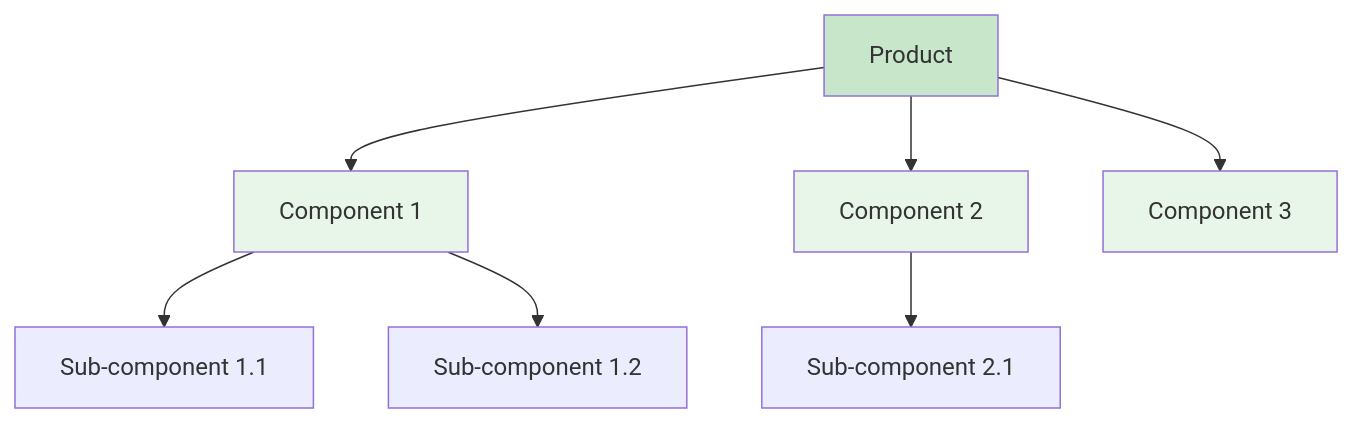
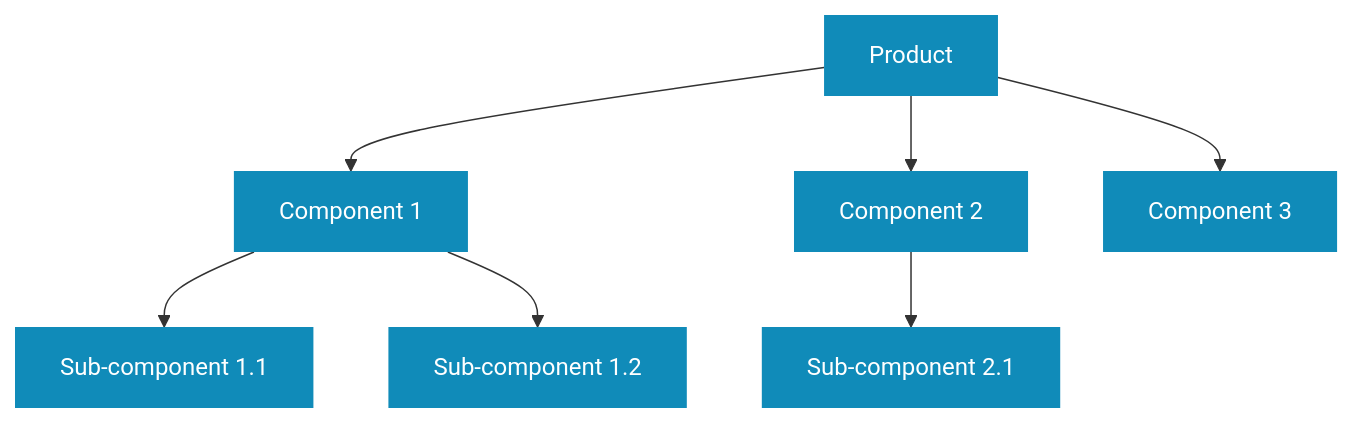
Before and after one commit to kevinmcaleer/kevstemplates.com: the second of 2 diagrams in _pages/planning/wbs.md, drawn with Mermaid. The commit also changed other lines of this file and 72 other files, not shown here.

```diff
--- a/_pages/planning/wbs.md
+++ b/_pages/planning/wbs.md
@@ -219,16 +217,14 @@
 <div class="mermaid">
 flowchart TD
     P[Product] --> C1[Component 1]
     P --> C2[Component 2]
     P --> C3[Component 3]
 
     C1 --> SC1[Sub-component 1.1]
     C1 --> SC2[Sub-component 1.2]
 
     C2 --> SC3[Sub-component 2.1]
 
-    style P fill:#c8e6c9
-    style C1 fill:#e8f5e9
-    style C2 fill:#e8f5e9
-    style C3 fill:#e8f5e9
+    classDef blue fill:#108BB9,stroke:none,color:#fff
+    class P,C1,C2,C3,SC1,SC2,SC3 blue
 </div>
```
